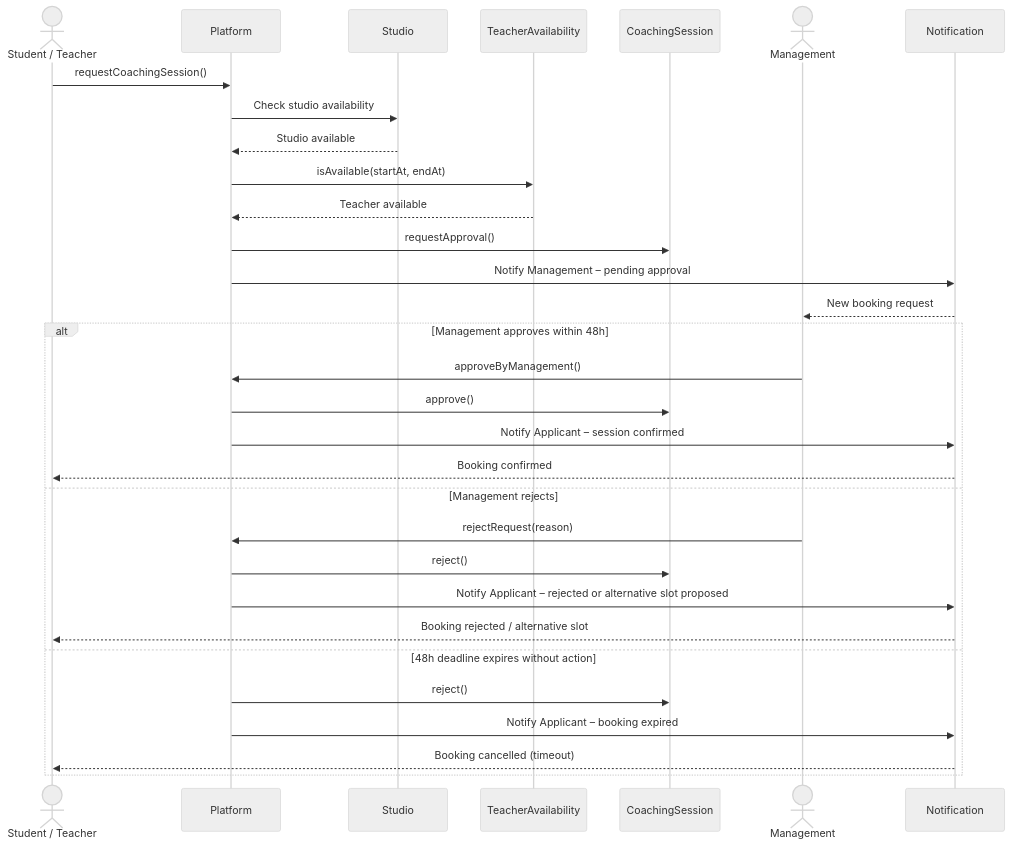
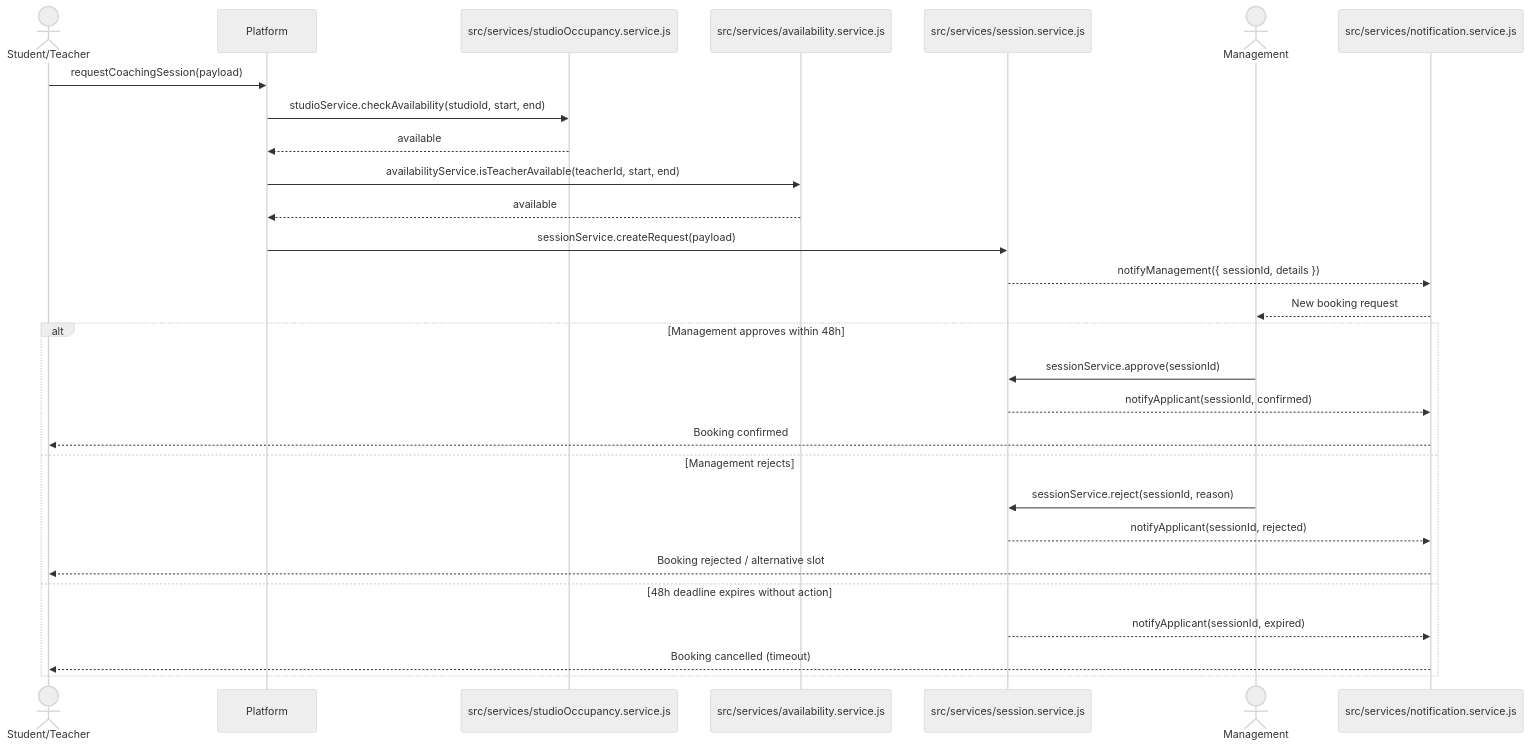
One commit to NovaLogic-Systems/gestArtes-docs changed the second of 11 diagrams in diagrams/Sequence Diagram/sequencediagram.md. Above: the diagram before and after it, drawn with Mermaid (neutral theme). The commit also changed other lines of this file and 2 other files, not shown here.

Commit message:
Refactor sequence diagrams and add class diagram structure

````diff
--- a/diagrams/Sequence Diagram/sequencediagram.md
+++ b/diagrams/Sequence Diagram/sequencediagram.md
@@ -30,34 +32,31 @@
 ```mermaid
 sequenceDiagram
-    actor Applicant as Student / Teacher
-    participant Platform
-    participant Studio
-    participant TeacherAvailability
-    participant CoachingSession
+    actor Applicant as Student/Teacher
+    participant Frontend as Platform
+    participant StudioService as src/services/studioOccupancy.service.js
+    participant AvailabilityService as src/services/availability.service.js
+    participant SessionService as src/services/session.service.js
     actor Management
-    participant Notification
+    participant NotificationService as src/services/notification.service.js
 
-    Applicant->>Platform: requestCoachingSession()
-    Platform->>Studio: Check studio availability
-    Studio-->>Platform: Studio available
-    Platform->>TeacherAvailability: isAvailable(startAt, endAt)
-    TeacherAvailability-->>Platform: Teacher available
-    Platform->>CoachingSession: requestApproval()
-    Platform->>Notification: Notify Management – pending approval
-    Notification-->>Management: New booking request
+    Applicant->>Frontend: requestCoachingSession(payload)
+    Frontend->>StudioService: studioService.checkAvailability(studioId, start, end)
+    StudioService-->>Frontend: available
+    Frontend->>AvailabilityService: availabilityService.isTeacherAvailable(teacherId, start, end)
+    AvailabilityService-->>Frontend: available
+    Frontend->>SessionService: sessionService.createRequest(payload)
+    SessionService-->>NotificationService: notifyManagement({ sessionId, details })
+    NotificationService-->>Management: New booking request
     alt Management approves within 48h
-        Management->>Platform: approveByManagement()
-        Platform->>CoachingSession: approve()
-        Platform->>Notification: Notify Applicant – session confirmed
-        Notification-->>Applicant: Booking confirmed
+        Management->>SessionService: sessionService.approve(sessionId)
+        SessionService-->>NotificationService: notifyApplicant(sessionId, confirmed)
+        NotificationService-->>Applicant: Booking confirmed
     else Management rejects
-        Management->>Platform: rejectRequest(reason)
-        Platform->>CoachingSession: reject()
-        Platform->>Notification: Notify Applicant – rejected or alternative slot proposed
-        Notification-->>Applicant: Booking rejected / alternative slot
+        Management->>SessionService: sessionService.reject(sessionId, reason)
+        SessionService-->>NotificationService: notifyApplicant(sessionId, rejected)
+        NotificationService-->>Applicant: Booking rejected / alternative slot
     else 48h deadline expires without action
-        Platform->>CoachingSession: reject()
-        Platform->>Notification: Notify Applicant – booking expired
-        Notification-->>Applicant: Booking cancelled (timeout)
+        SessionService-->>NotificationService: notifyApplicant(sessionId, expired)
+        NotificationService-->>Applicant: Booking cancelled (timeout)
     end
 ```
````
